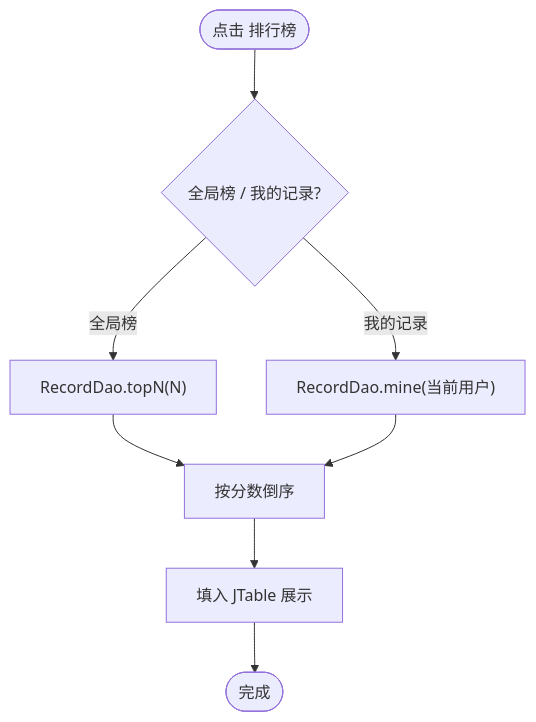
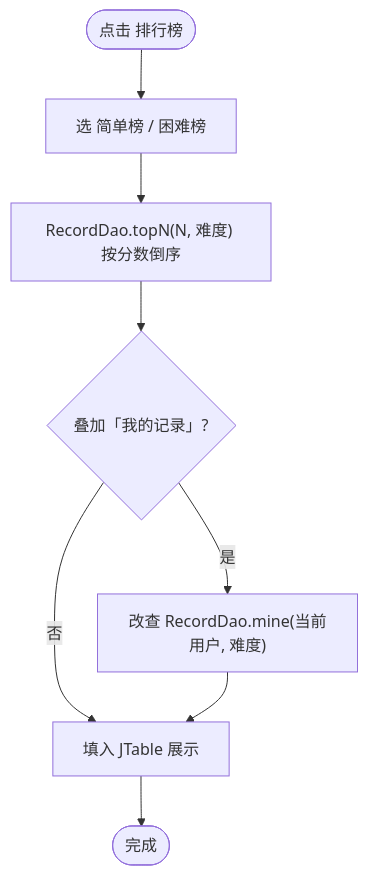
One commit to learnerCodeZ/javagame-zombie-shooter changed the sixth of 12 diagrams in docs/详细设计说明书.md. Above: the diagram before and after it, drawn with Mermaid. The commit also changed other lines of this file and 4 other files, not shown here.

Commit message:
排行榜精简: 去掉「全局榜」(简单榜/困难榜各管各难度+我的记录叠加过滤) + 正式文档同步

````diff
--- a/docs/详细设计说明书.md
+++ b/docs/详细设计说明书.md
@@ -337,10 +337,10 @@
 ```mermaid
 flowchart TD
-    A(["点击 排行榜"]) --> B{"全局榜 / 我的记录?"}
-    B -->|全局榜| C["RecordDao.topN(N)"]
-    B -->|我的记录| D["RecordDao.mine(当前用户)"]
-    C --> E["按分数倒序"]
-    D --> E
-    E --> F["填入 JTable 展示"]
+    A(["点击 排行榜"]) --> B["选 简单榜 / 困难榜"]
+    B --> C["RecordDao.topN(N, 难度) 按分数倒序"]
+    C --> D{"叠加「我的记录」?"}
+    D -->|是| E["改查 RecordDao.mine(当前用户, 难度)"]
+    D -->|否| F["填入 JTable 展示"]
+    E --> F
     F --> G(["完成"])
 ```
````
